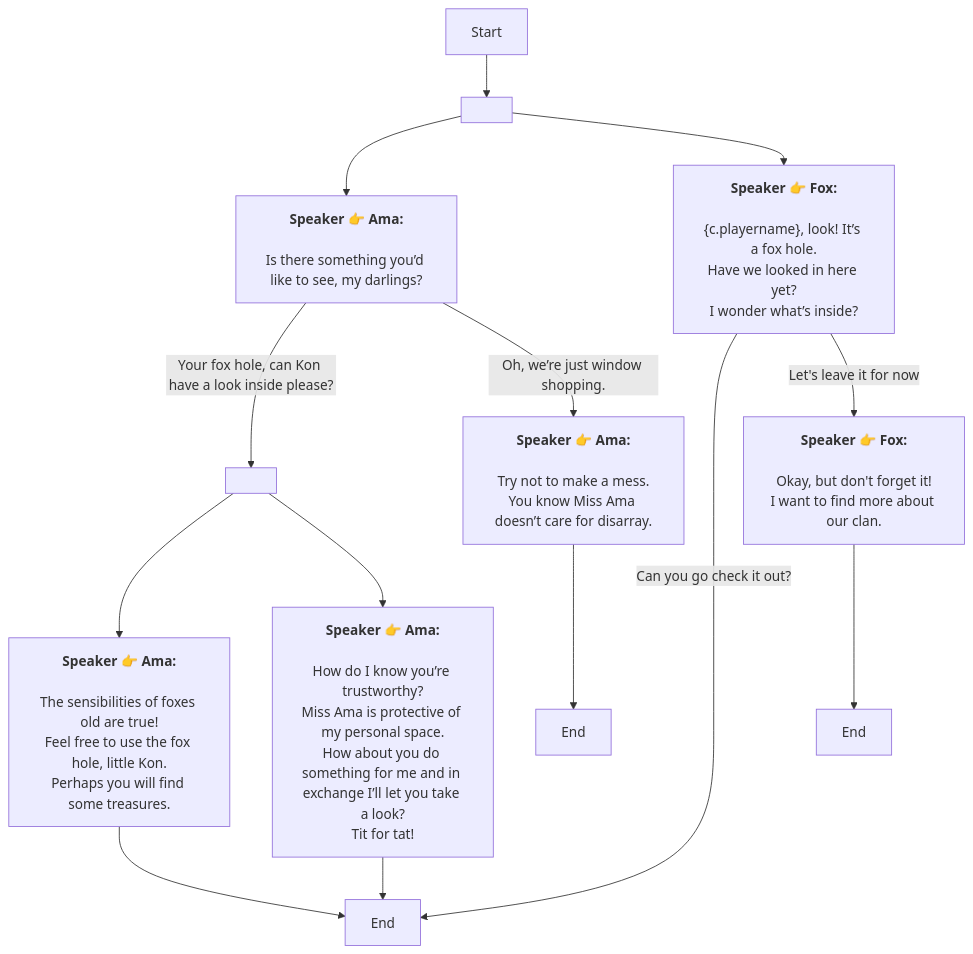
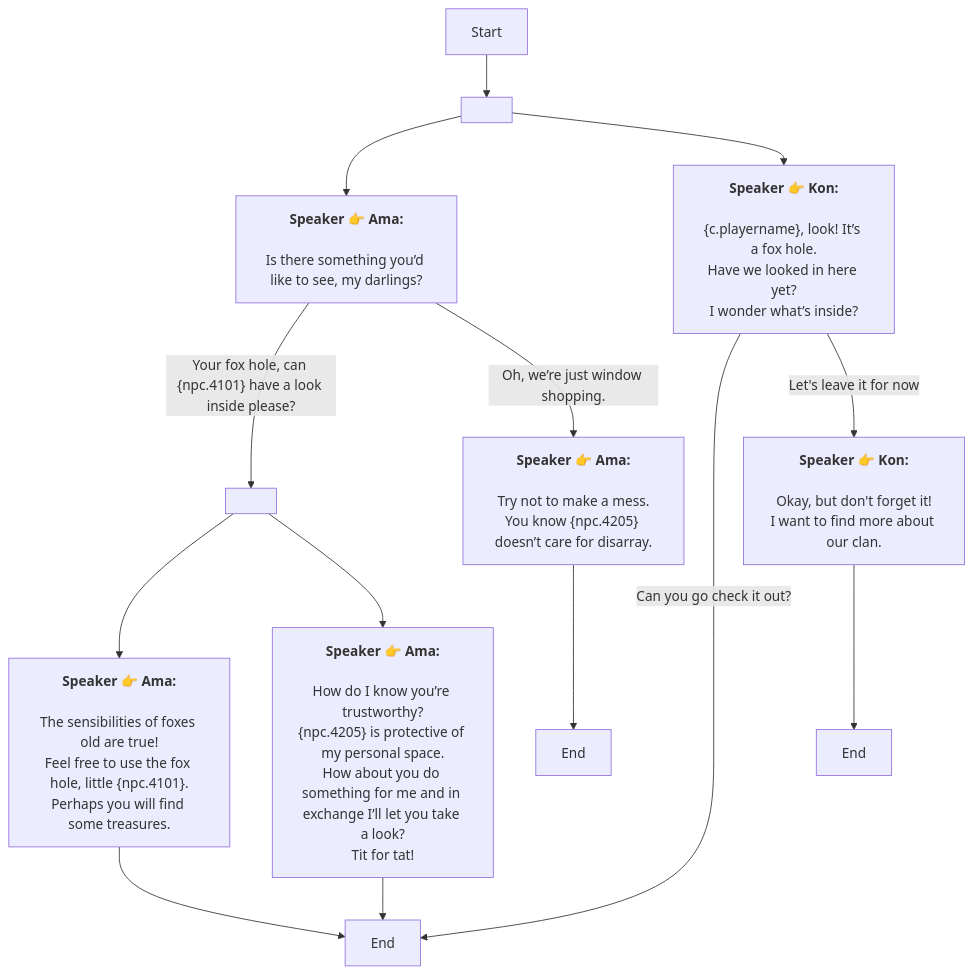
One commit to SoftHu/tos_avg changed the diagram in En/QuestTalkObjectiveNode_1778103297223276.md. Above: the diagram before and after it, drawn with Mermaid. The commit also changed 730 other files, not shown here.

````diff
--- a/En/QuestTalkObjectiveNode_1778103297223276.md
+++ b/En/QuestTalkObjectiveNode_1778103297223276.md
@@ -1,31 +1,31 @@
 ```mermaid
 graph
 Start -->1778103456528013[ ]
 1778103456528013 -->1778103575711375[<b>Speaker 👉 Ama:</b>
 \nIs there something you’d like to see, my darlings?]
-1778103456528013 -->1778103427255928[<b>Speaker 👉 Fox:</b>
+1778103456528013 -->1778103427255928[<b>Speaker 👉 Kon:</b>
 \n&lbrace;c.playername&rbrace;, look! It’s a fox hole.
 Have we looked in here yet?
 I wonder what’s inside?]
 1778103427255928 -->|Can you go check it out?|1778103427259012[End]
-1778103427255928 -->|Let's leave it for now|1778103427257984[<b>Speaker 👉 Fox:</b>
+1778103427255928 -->|Let's leave it for now|1778103427257984[<b>Speaker 👉 Kon:</b>
 \nOkay, but don't forget it!
 I want to find more about our clan.]
 1778103427257984 -->1778103427257987[End]
-1778103575711375 -->|Your fox hole, can Kon have a look inside please?|1778103500867214[ ]
+1778103575711375 -->|Your fox hole, can &lbrace;npc.4101&rbrace; have a look inside please?|1778103500867214[ ]
 1778103575711375 -->|Oh, we’re just window shopping.|1778103627516565[<b>Speaker 👉 Ama:</b>
 \nTry not to make a mess.
-You know Miss Ama doesn’t care for disarray.]
+You know &lbrace;npc.4205&rbrace; doesn’t care for disarray.]
 1778103627516565 -->1778103640093335[End]
 1778103500867214 -->1778103664573080[<b>Speaker 👉 Ama:</b>
 \nThe sensibilities of foxes old are true!
-Feel free to use the fox hole, little Kon.
+Feel free to use the fox hole, little &lbrace;npc.4101&rbrace;.
 Perhaps you will find some treasures.]
 1778103500867214 -->1778103699633819[<b>Speaker 👉 Ama:</b>
 \nHow do I know you’re trustworthy?
-Miss Ama is protective of my personal space.\nHow about you do something for me and in exchange I’ll let you take a look?
+&lbrace;npc.4205&rbrace; is protective of my personal space.\nHow about you do something for me and in exchange I’ll let you take a look?
 Tit for tat!]
 1778103664573080 -->1778103427259012[End]
 1778103699633819 -->1778103427259012[End]
 
 ```
````
